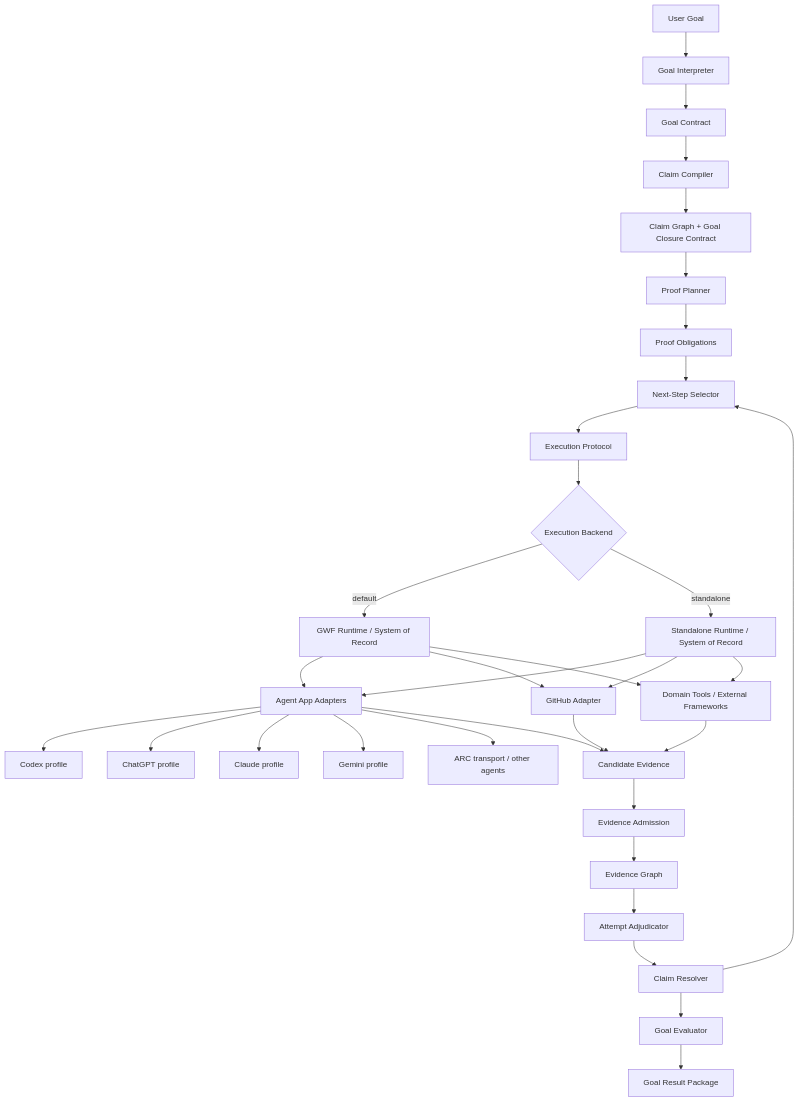
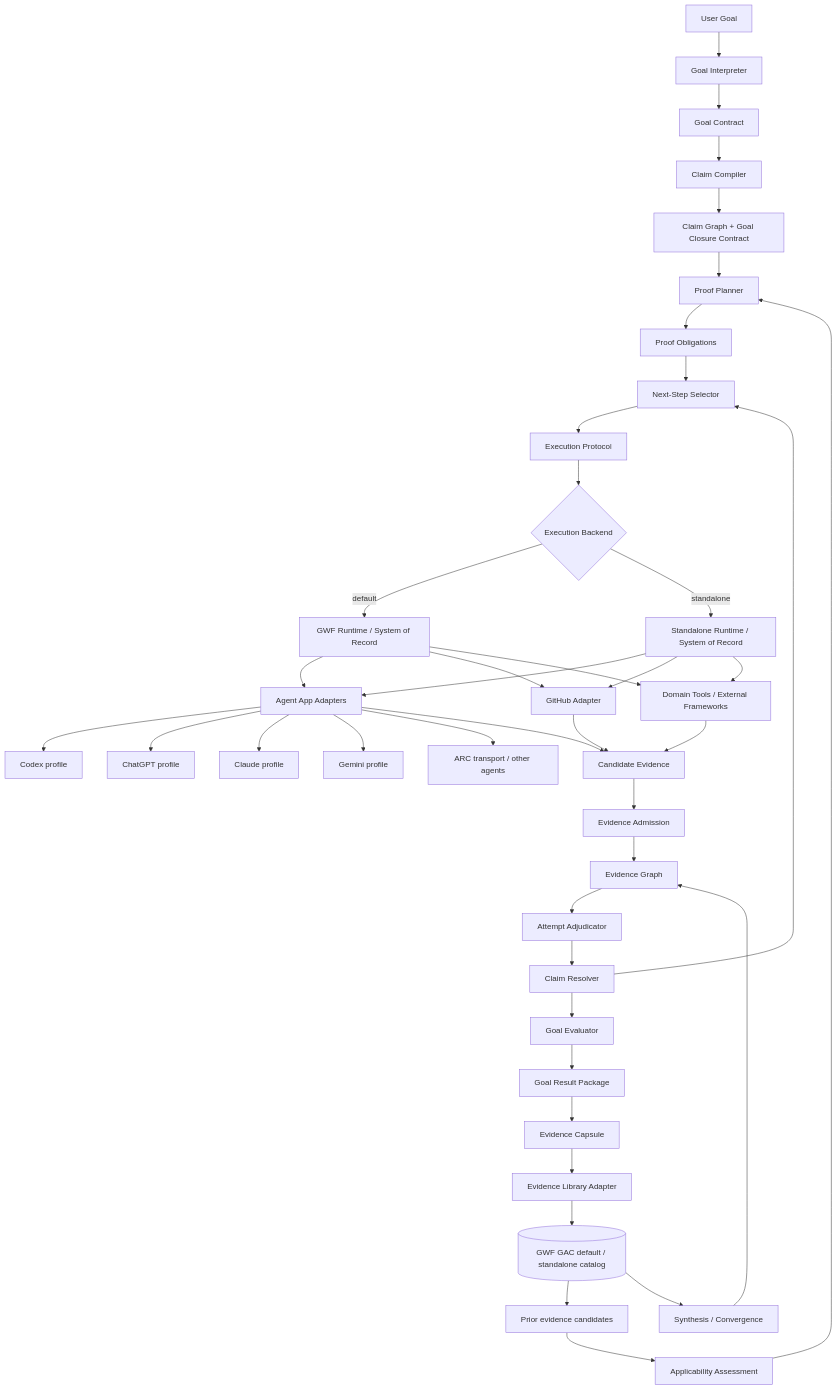
One commit to minhtri22/GWF changed the diagram in g2e/README.md. Above: the diagram before and after it, drawn with Mermaid. The commit also changed other lines of this file and 15 other files, not shown here.

Commit message:
docs: add G2E evidence reuse and convergence specification

````diff
--- a/g2e/README.md
+++ b/g2e/README.md
@@ -20,39 +20,47 @@
 ```mermaid
 flowchart TD
     U[User Goal] --> GI[Goal Interpreter]
     GI --> GC[Goal Contract]
     GC --> CC[Claim Compiler]
     CC --> CG[Claim Graph + Goal Closure Contract]
     CG --> PP[Proof Planner]
     PP --> PO[Proof Obligations]
     PO --> NS[Next-Step Selector]
 
     NS --> EP[Execution Protocol]
     EP --> EX{Execution Backend}
     EX -->|default| GWF[GWF Runtime / System of Record]
     EX -->|standalone| SR[Standalone Runtime / System of Record]
 
     GWF --> AA[Agent App Adapters]
     SR --> AA
     AA --> C1[Codex profile]
     AA --> C2[ChatGPT profile]
     AA --> C3[Claude profile]
     AA --> C4[Gemini profile]
     AA --> C5[ARC transport / other agents]
 
     GWF --> GH[GitHub Adapter]
     SR --> GH
     GWF --> TOOLS[Domain Tools / External Frameworks]
     SR --> TOOLS
 
     GH --> EV[Candidate Evidence]
     TOOLS --> EV
     AA --> EV
     EV --> EA[Evidence Admission]
     EA --> EG[Evidence Graph]
     EG --> ADJ[Attempt Adjudicator]
     ADJ --> CR[Claim Resolver]
     CR --> NS
     CR --> GV[Goal Evaluator]
     GV --> RP[Goal Result Package]
+    RP --> EC[Evidence Capsule]
+    EC --> LA[Evidence Library Adapter]
+    LA --> LIB[(GWF GAC default / standalone catalog)]
+    LIB --> CAND[Prior evidence candidates]
+    CAND --> APP[Applicability Assessment]
+    APP --> PP
+    LIB --> SYN[Synthesis / Convergence]
+    SYN --> EG
 ```
````
